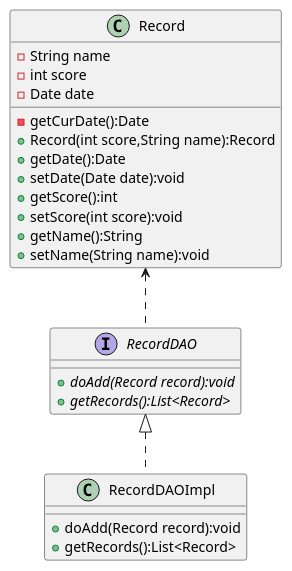
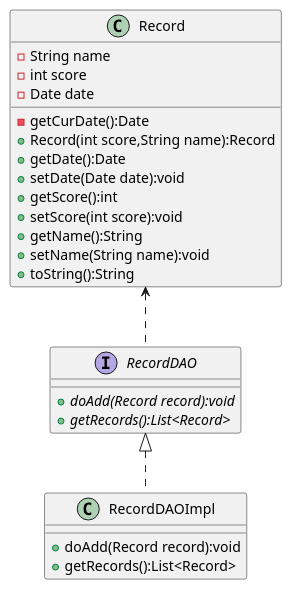
One commit to CNCSMonster/AircraftWar-base changed the diagram in uml/数据访问对象模式.puml. Above: the diagram before and after it, drawn with PlantUML. The commit also changed 5 other files, not shown here.

```diff
--- a/uml/数据访问对象模式.puml
+++ b/uml/数据访问对象模式.puml
@@ -1,39 +1,40 @@
 @startuml
 
 interface RecordDAO {
     +{abstract} doAdd(Record record):void
     +{abstract} getRecords():List<Record>
 }
 
 class RecordDAOImpl {
     +doAdd(Record record):void
     +getRecords():List<Record>
 }
 
 class Record {
     -String name
     -int score
     -Date date
 
     -getCurDate():Date
     +Record(int score,String name):Record
     +getDate():Date
     +setDate(Date date):void
     +getScore():int
     +setScore(int score):void
     +getName():String
     +setName(String name):void
+    +toString():String
 }
 
 '数据访问对象接口依赖于数据对象
 Record <.. RecordDAO
 
 'RecordEAOImpl实现了RecordDAO接口
 RecordDAO <|.. RecordDAOImpl
 
 
 
 
 
 
 @enduml
```
